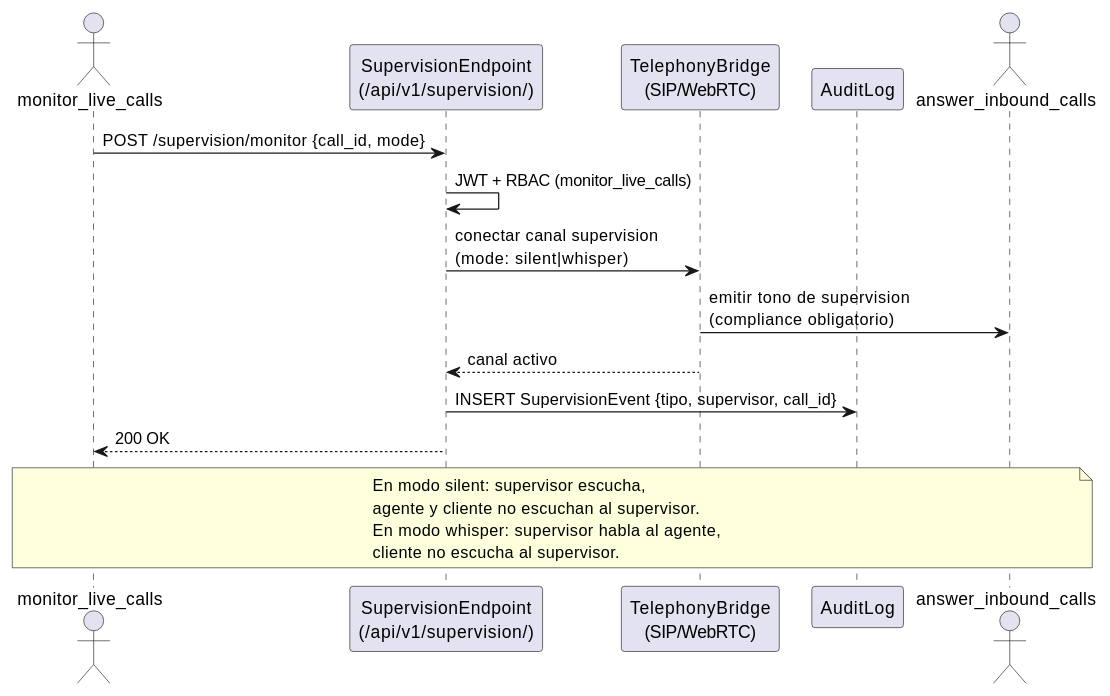
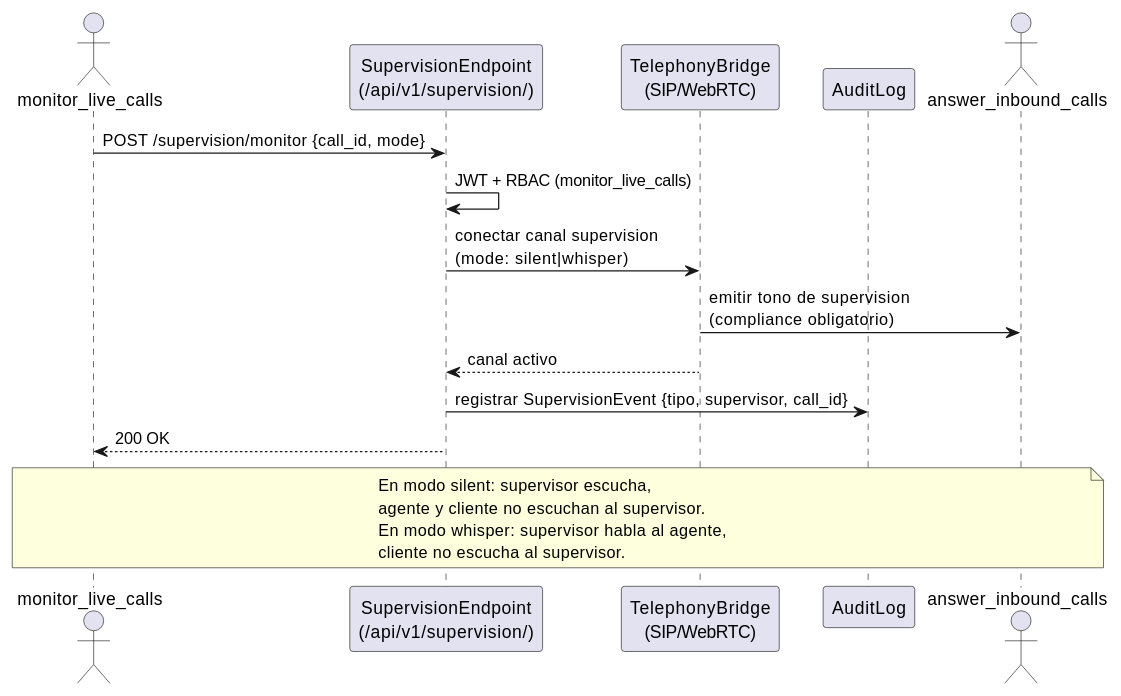
The diagram in source/arquitectura-tecnica/modulos/supervision/diagramas/flujo-monitoreo-tiempo-real.rst (jcg-admin/IACT-docs), drawn with PlantUML before and after one commit. The commit also changed 48 other files, not shown here.

```diff
--- a/source/arquitectura-tecnica/modulos/supervision/diagramas/flujo-monitoreo-tiempo-real.rst
+++ b/source/arquitectura-tecnica/modulos/supervision/diagramas/flujo-monitoreo-tiempo-real.rst
@@ -22,27 +22,27 @@
 .. uml::
  :caption: Secuencia UC_SUP_01 — monitor_live_calls en modo silent/whisper con tono de supervision.
 
  @startuml
 
  actor "monitor_live_calls" as monitor_live_calls
  participant "SupervisionEndpoint\n(/api/v1/supervision/)" as Supervisionendpoint
  participant "TelephonyBridge\n(SIP/WebRTC)" as Telephonybridge
  participant "AuditLog" as Auditlog
  actor "answer_inbound_calls" as answer_inbound_calls
 
  monitor_live_calls -> Supervisionendpoint : POST /supervision/monitor {call_id, mode}
  Supervisionendpoint -> Supervisionendpoint : JWT + RBAC (monitor_live_calls)
  Supervisionendpoint -> Telephonybridge : conectar canal supervision\n(mode: silent|whisper)
  Telephonybridge -> answer_inbound_calls : emitir tono de supervision\n(compliance obligatorio)
  Telephonybridge --> Supervisionendpoint : canal activo
- Supervisionendpoint -> Auditlog : INSERT SupervisionEvent {tipo, supervisor, call_id}
+ Supervisionendpoint -> Auditlog : registrar SupervisionEvent {tipo, supervisor, call_id}
  Supervisionendpoint --> monitor_live_calls : 200 OK
 
  note over monitor_live_calls, answer_inbound_calls
    En modo silent: supervisor escucha,
    agente y cliente no escuchan al supervisor.
    En modo whisper: supervisor habla al agente,
    cliente no escucha al supervisor.
  end note
 
  @enduml
```
